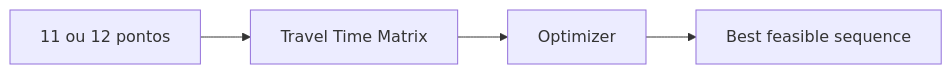
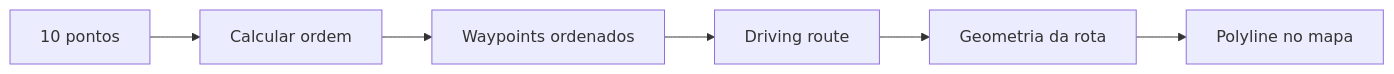
Before and after one commit to sales-force-pb/melhor-abordagem: the diagram in roteiro-inteligente/docs/03-ROUTE-OPTIMIZATION.md, drawn with Mermaid. The commit also changed other lines of this file, not shown here.

Commit message:
docs: redefine route optimization for initial MVP

````diff
--- a/roteiro-inteligente/docs/03-ROUTE-OPTIMIZATION.md
+++ b/roteiro-inteligente/docs/03-ROUTE-OPTIMIZATION.md
@@ -53,10 +25,15 @@
 ```mermaid
 flowchart LR
-    P[11 ou 12 pontos]
-    M[Travel Time Matrix]
-    O[Optimizer]
-    S[Best feasible sequence]
-    P --> M
-    M --> O
-    O --> S
+    P[10 pontos]
+    O[Calcular ordem]
+    W[Waypoints ordenados]
+    D[Driving route]
+    G[Geometria da rota]
+    PL[Polyline no mapa]
+
+    P --> O
+    O --> W
+    W --> D
+    D --> G
+    G --> PL
 ```
````
